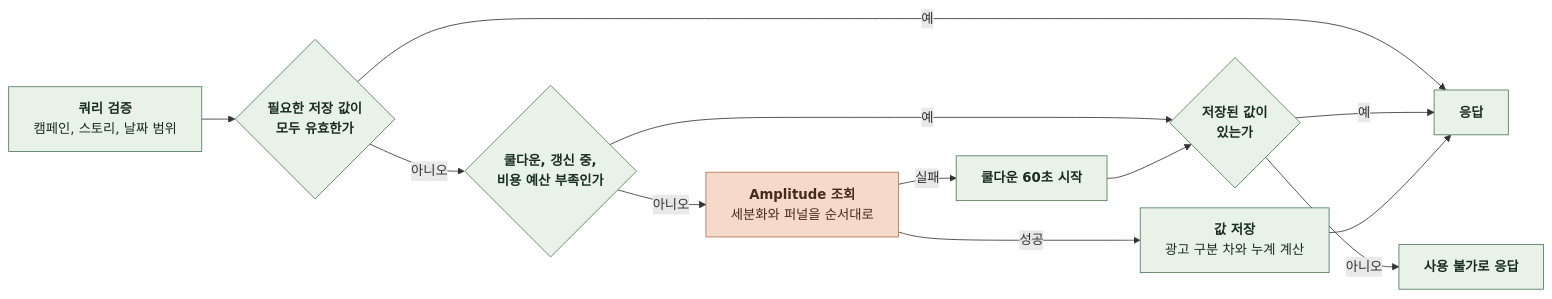
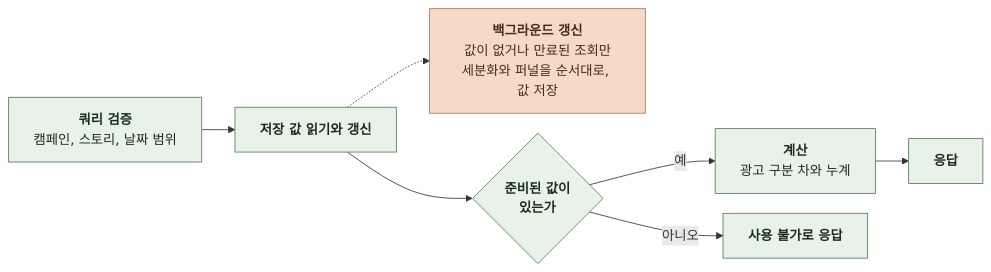
Diagram 15 of 19 in docs/domain/ADMIN/BACKEND/4-1-PIPELINES.md (KIM-N-KANG/knk-harness), drawn with Mermaid before and after one commit. The commit also changed other lines of this file and 9 other files, not shown here.

````diff
--- a/docs/domain/ADMIN/BACKEND/4-1-PIPELINES.md
+++ b/docs/domain/ADMIN/BACKEND/4-1-PIPELINES.md
@@ -464,25 +458,19 @@
 ```mermaid
 %%{init: {"flowchart": {"curve": "basis", "nodeSpacing": 24, "rankSpacing": 40}}}%%
 flowchart LR
     A["`**쿼리 검증**
-캠페인, 스토리, 날짜 범위`"] --> B{"`**필요한 저장 값이
-모두 유효한가**`"}
-    B -->|예| E["`**응답**`"]
-    B -->|아니오| F{"`**쿨다운, 갱신 중,
-비용 예산 부족인가**`"}
-    F -->|예| G{"`**저장된 값이
+캠페인, 스토리, 날짜 범위`"] --> B["`**저장 값 읽기와 갱신**`"]
+    B -.-> C["`**백그라운드 갱신**
+값이 없거나 만료된 조회만
+세분화와 퍼널을 순서대로, 값 저장`"]
+    B --> G{"`**준비된 값이
 있는가**`"}
-    G -->|예| E
+    G -->|예| D["`**계산**
+광고 구분 차와 누계`"]
+    D --> E["`**응답**`"]
     G -->|아니오| X["`**사용 불가로 응답**`"]
-    F -->|아니오| C["`**Amplitude 조회**
-세분화와 퍼널을 순서대로`"]
-    C -->|성공| D["`**값 저장**
-광고 구분 차와 누계 계산`"]
-    D --> E
-    C -->|실패| H["`**쿨다운 60초 시작**`"]
-    H --> G
     classDef comp fill:#E8F2E8,stroke:#527A59,color:#182D1D
     classDef task fill:#F5D9C9,stroke:#B97450,color:#452B1D
-    class A,B,D,E,F,G,H,X comp
+    class A,B,D,E,G,X comp
     class C task
 ```
````
